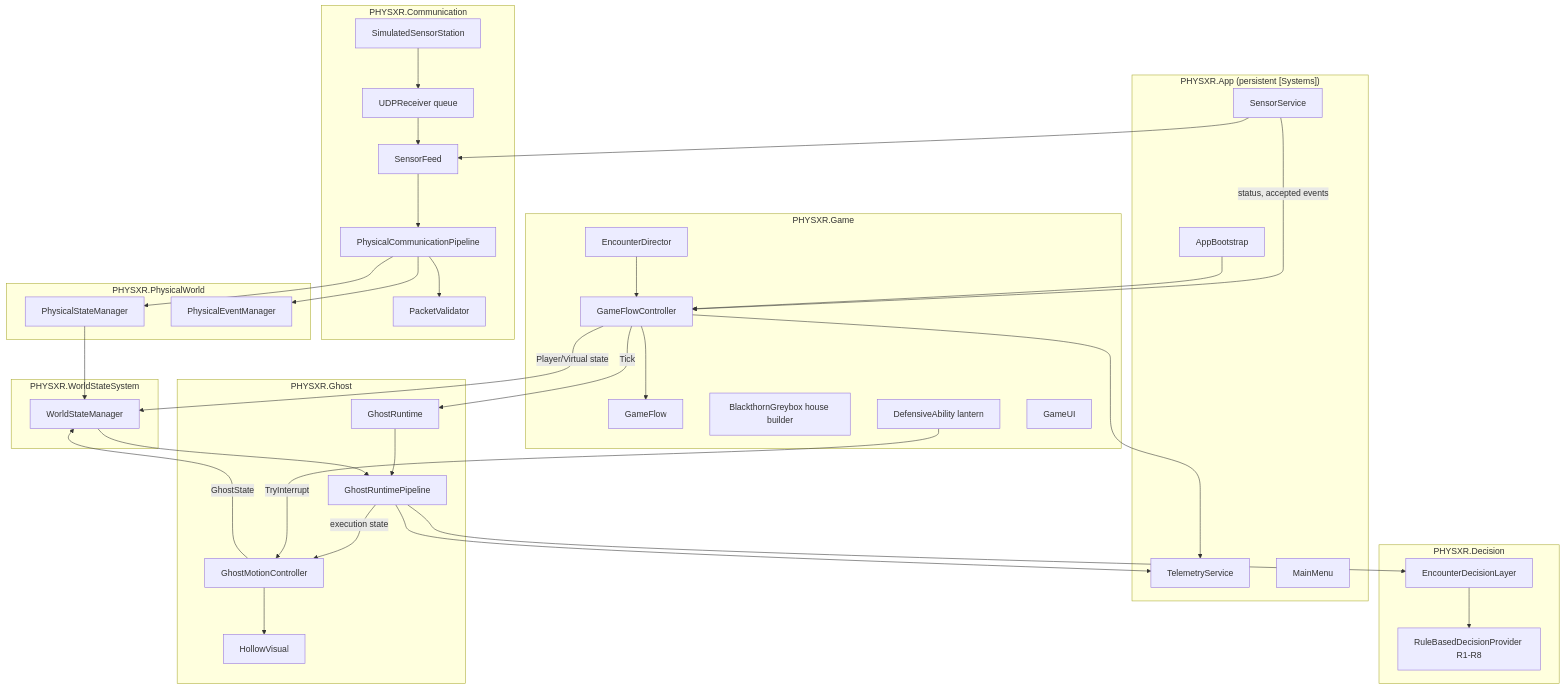
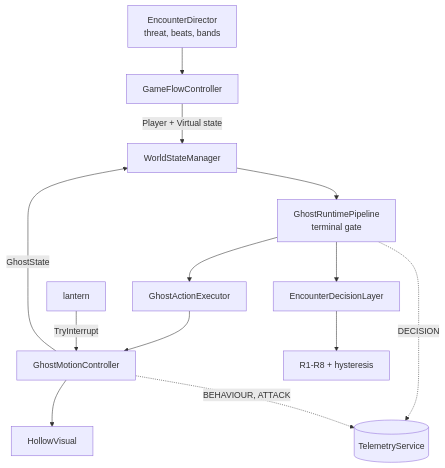
The third of 10 diagrams in README.md (ArnavJain2005/PHYS-XR), drawn with Mermaid before and after one commit. The commit also changed other lines of this file and 8 other files, not shown here.

````diff
--- a/README.md
+++ b/README.md
@@ -42,67 +236,15 @@
 ```mermaid
 flowchart TD
-    subgraph App["PHYSXR.App (persistent [Systems])"]
-        BOOT[AppBootstrap]
-        SENS[SensorService]
-        TELS[TelemetryService]
-        MENU[MainMenu]
-    end
-
-    subgraph Comm["PHYSXR.Communication"]
-        UDP[UDPReceiver queue]
-        SIM[SimulatedSensorStation]
-        FEED[SensorFeed]
-        PIPE[PhysicalCommunicationPipeline]
-        PV[PacketValidator]
-    end
-
-    subgraph Physical["PHYSXR.PhysicalWorld"]
-        PSM[PhysicalStateManager]
-        PEM[PhysicalEventManager]
-    end
-
-    subgraph WS["PHYSXR.WorldStateSystem"]
-        WSM[WorldStateManager]
-    end
-
-    subgraph Dec["PHYSXR.Decision"]
-        ENC[EncounterDecisionLayer]
-        RBDP[RuleBasedDecisionProvider R1-R8]
-    end
-
-    subgraph GhostNS["PHYSXR.Ghost"]
-        GRP[GhostRuntimePipeline]
-        GR[GhostRuntime]
-        GMC[GhostMotionController]
-        HV[HollowVisual]
-    end
-
-    subgraph Game["PHYSXR.Game"]
-        GFC[GameFlowController]
-        DIR[EncounterDirector]
-        FLOW[GameFlow]
-        HOUSE[BlackthornGreybox house builder]
-        LANT[DefensiveAbility lantern]
-        UI[GameUI]
-    end
-
-    SIM --> UDP
-    UDP --> FEED --> PIPE --> PV
-    PIPE --> PSM
-    PIPE --> PEM
-    SENS --> FEED
-    PSM --> WSM
-    SENS -- status, accepted events --> GFC
-    GFC -- Player/Virtual state --> WSM
-    DIR --> GFC
-    GMC -- GhostState --> WSM
-    GFC -- Tick --> GR --> GRP
-    WSM --> GRP
-    GRP --> ENC --> RBDP
-    GRP -- execution state --> GMC --> HV
-    LANT -- TryInterrupt --> GMC
-    GRP --> TELS
-    GFC --> TELS
-    GFC --> FLOW
-    BOOT --> GFC
+    DIR["EncounterDirector<br/>threat, beats, bands"] --> GFC["GameFlowController"]
+    GFC -->|"Player + Virtual state"| WSM["WorldStateManager"]
+    GMC -->|GhostState| WSM
+    WSM --> GRP["GhostRuntimePipeline<br/>terminal gate"]
+    GRP --> ENC["EncounterDecisionLayer"]
+    ENC --> RB["R1-R8 + hysteresis"]
+    GRP --> EXE["GhostActionExecutor"]
+    EXE --> GMC["GhostMotionController"]
+    GMC --> HV["HollowVisual"]
+    LANT["lantern"] -->|TryInterrupt| GMC
+    GRP -.->|DECISION| TEL[("TelemetryService")]
+    GMC -.->|"BEHAVIOUR, ATTACK"| TEL
 ```
````
